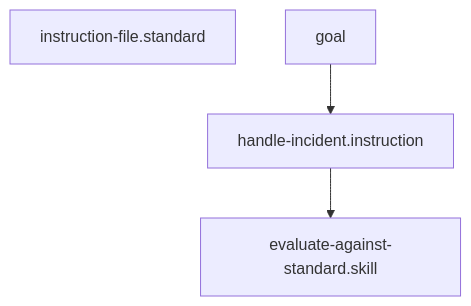
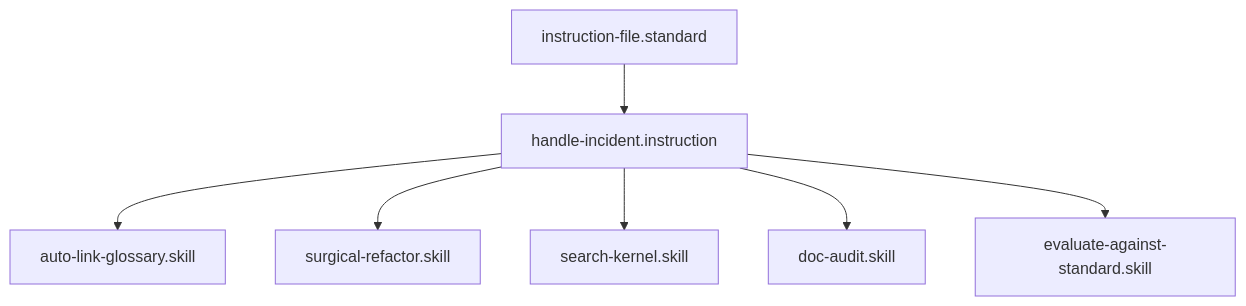
One commit to Gizmo4Life/ai-kernel changed the diagram in instructions/handle-incident.instruction.md. Above: the diagram before and after it, drawn with Mermaid. The commit also changed 89 other files, not shown here.

````diff
--- a/instructions/handle-incident.instruction.md
+++ b/instructions/handle-incident.instruction.md
@@ -23,6 +23,9 @@
 ```mermaid
 graph TD
-    instruction-file.standard
-goal --> handle-incident.instruction
+    instruction-file.standard --> handle-incident.instruction
+    handle-incident.instruction --> auto-link-glossary[auto-link-glossary.skill]
+    handle-incident.instruction --> surgical-refactor[surgical-refactor.skill]
+    handle-incident.instruction --> search-kernel[search-kernel.skill]
+    handle-incident.instruction --> doc-audit[doc-audit.skill]
     handle-incident.instruction --> evaluate-against-standard[evaluate-against-standard.skill]
 ```
````
